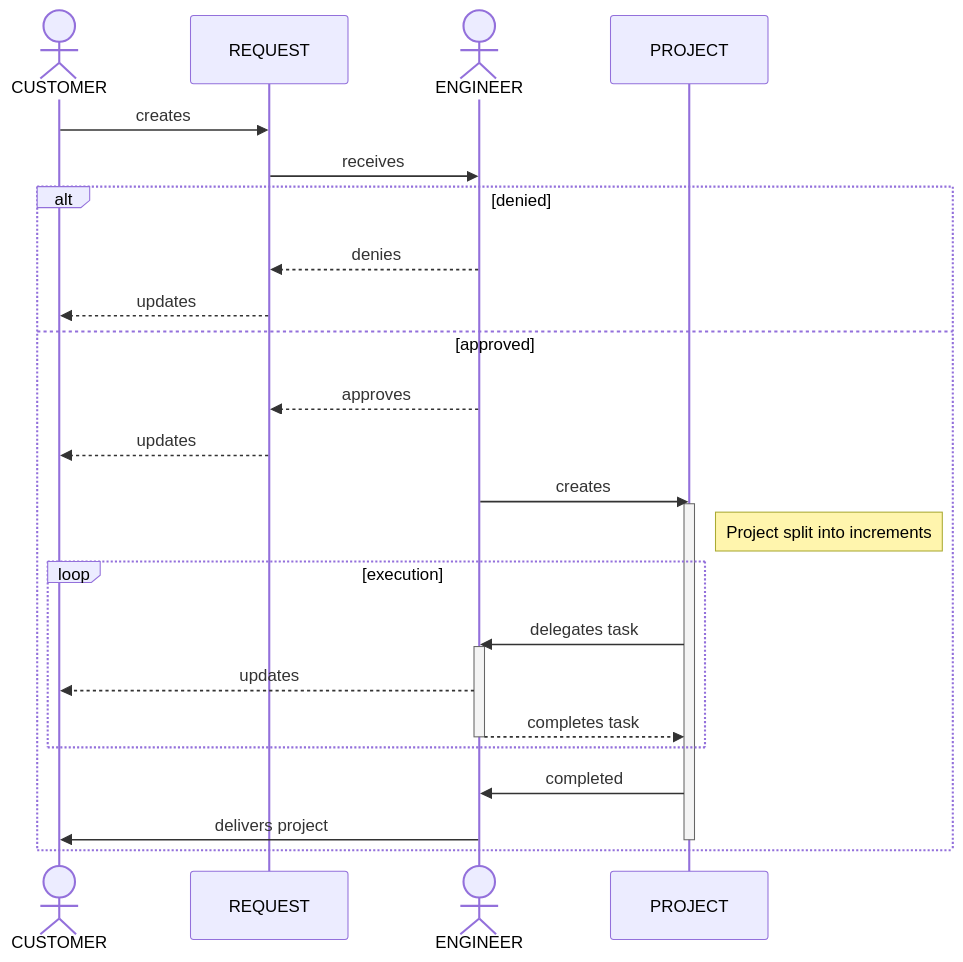
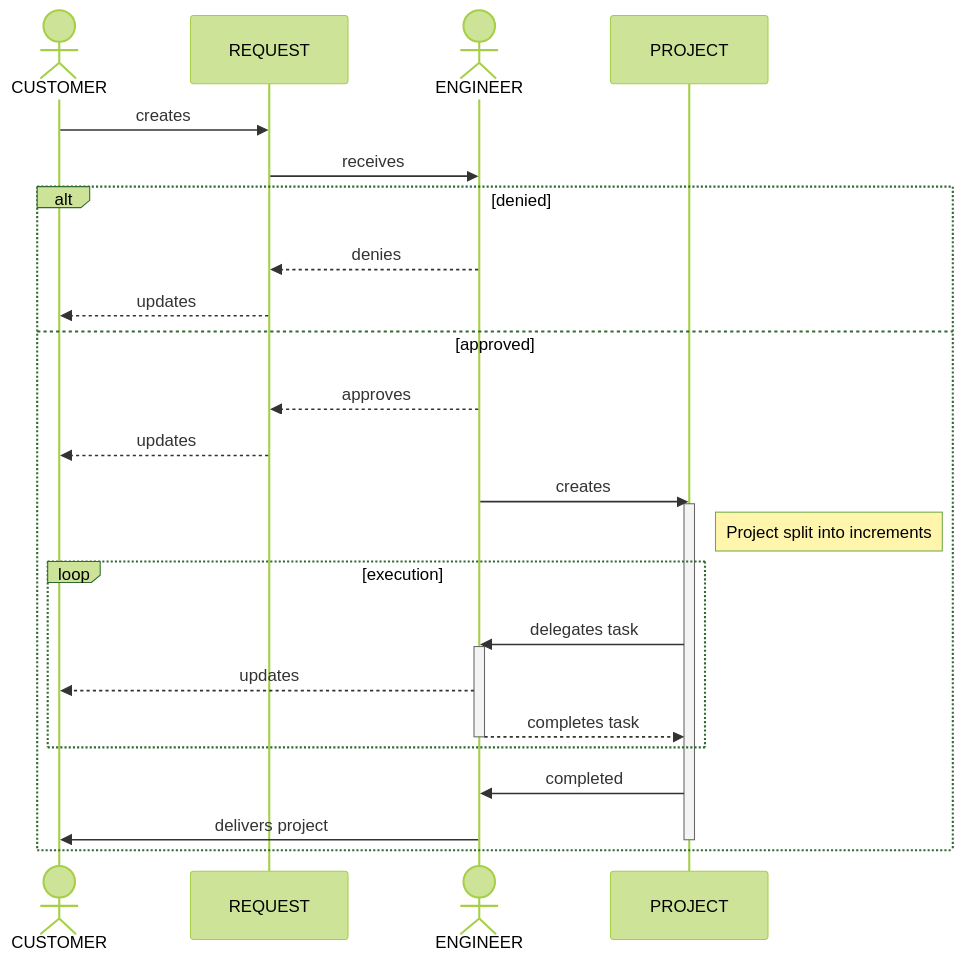
Before and after one commit to ines-ltd/grand-central: the second of 3 diagrams in specs/spec.md, drawn with Mermaid. The commit also changed other lines of this file, not shown here.

Commit message:
tries updating theme

````diff
--- a/specs/spec.md
+++ b/specs/spec.md
@@ -136,28 +136,30 @@
 ```mermaid
+%%{init: {'theme':'forest'}}%%
+
 sequenceDiagram
   actor CUSTOMER
   participant REQUEST
   actor ENGINEER
   CUSTOMER ->> REQUEST : creates
   REQUEST ->> ENGINEER : receives
   alt denied
     ENGINEER -->> REQUEST : denies
     REQUEST -->> CUSTOMER : updates
   else approved
     ENGINEER -->> REQUEST : approves
     REQUEST -->> CUSTOMER : updates
     ENGINEER ->> PROJECT : creates
     activate PROJECT
     Note right of PROJECT : Project split into increments
     loop execution
       PROJECT ->> ENGINEER : delegates task
       activate ENGINEER
       ENGINEER -->> CUSTOMER : updates
       ENGINEER -->> PROJECT : completes task
       deactivate ENGINEER
     end
     PROJECT ->> ENGINEER : completed
     ENGINEER ->> CUSTOMER : delivers project
     deactivate PROJECT
   end
 ```
````
